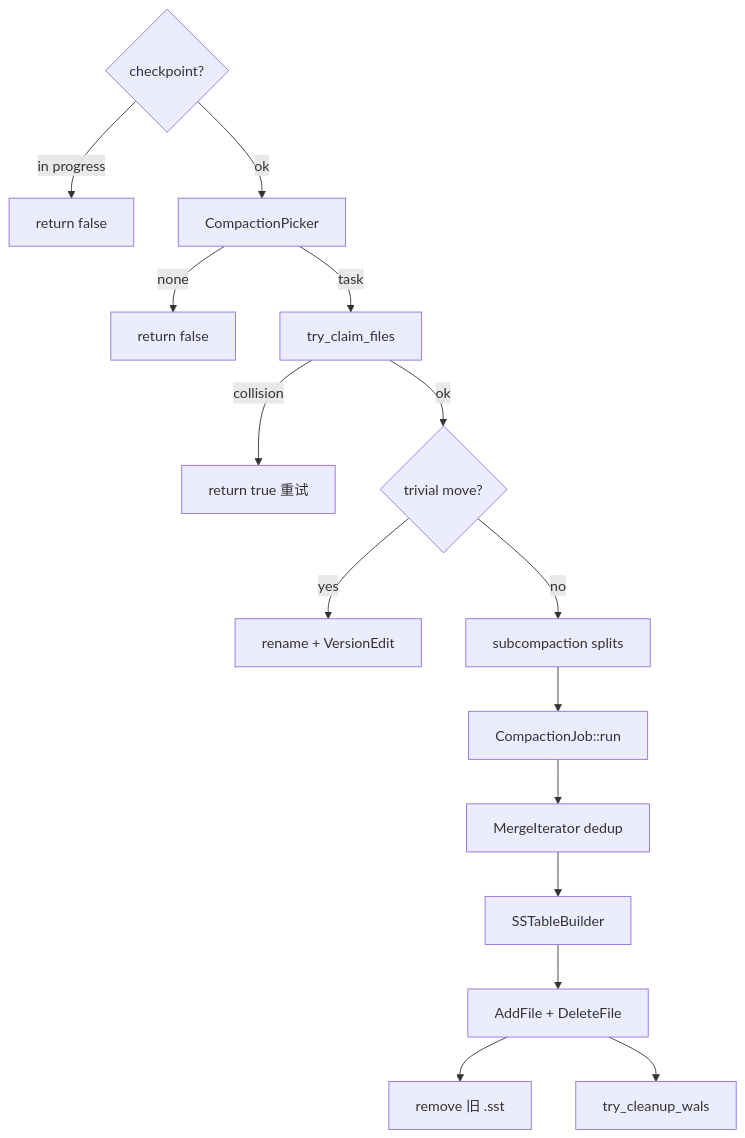
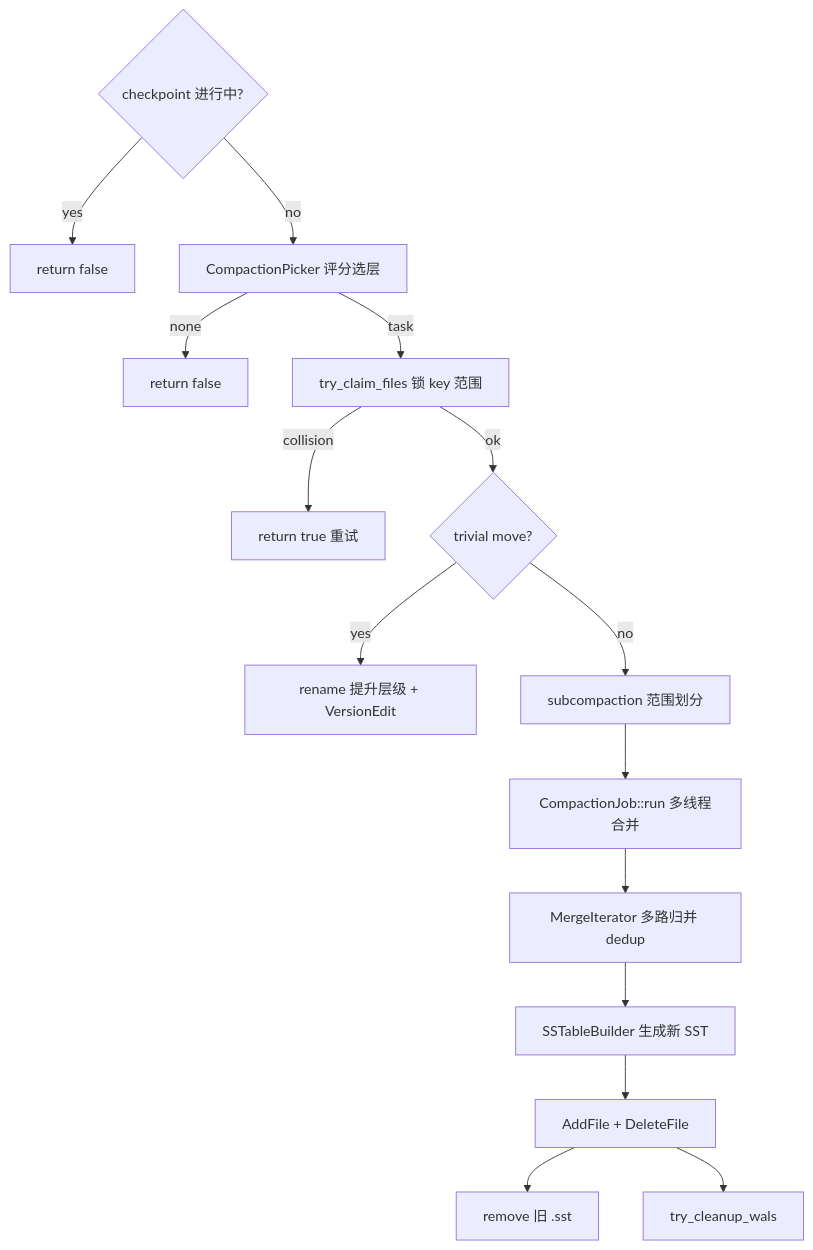
Before and after one commit to Genuineh/AiDb: the third of 4 diagrams in docs/modules/02-engine-storage.md, drawn with Mermaid. The commit also changed other lines of this file and 15 other files, not shown here.

````diff
--- a/docs/modules/02-engine-storage.md
+++ b/docs/modules/02-engine-storage.md
@@ -103,18 +95,18 @@
 ```mermaid
 flowchart TD
-  CP{checkpoint?}
-  CP -->|in progress| RET[return false]
-  CP -->|ok| P[CompactionPicker]
-  P -->|none| RET2[return false]
-  P -->|task| CLAIM[try_claim_files]
-  CLAIM -->|collision| RET3[return true 重试]
-  CLAIM -->|ok| TM{trivial move?}
-  TM -->|yes| RN[rename + VersionEdit]
-  TM -->|no| SUB[subcompaction splits]
-  SUB --> J[CompactionJob::run]
-  J --> MI[MergeIterator dedup]
-  MI --> NB[SSTableBuilder]
-  NB --> VS2[AddFile + DeleteFile]
-  VS2 --> RM[remove 旧 .sst]
-  VS2 --> WALGC[try_cleanup_wals]
+    CP{checkpoint 进行中?}
+    CP -->|yes| RET[return false]
+    CP -->|no| P[CompactionPicker 评分选层]
+    P -->|none| RET2[return false]
+    P -->|task| CLAIM[try_claim_files 锁 key 范围]
+    CLAIM -->|collision| RET3[return true 重试]
+    CLAIM -->|ok| TM{trivial move?}
+    TM -->|yes| RN[rename 提升层级 + VersionEdit]
+    TM -->|no| SUB[subcompaction 范围划分]
+    SUB --> J[CompactionJob::run 多线程合并]
+    J --> MI[MergeIterator 多路归并 dedup]
+    MI --> NB[SSTableBuilder 生成新 SST]
+    NB --> VS2[AddFile + DeleteFile]
+    VS2 --> RM[remove 旧 .sst]
+    VS2 --> WALGC[try_cleanup_wals]
 ```
````
